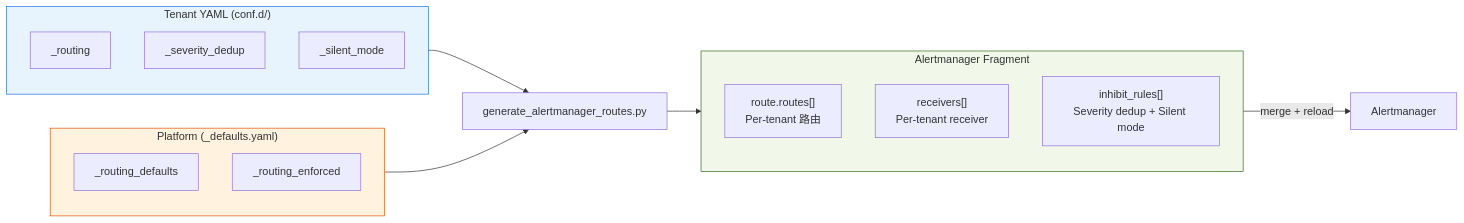
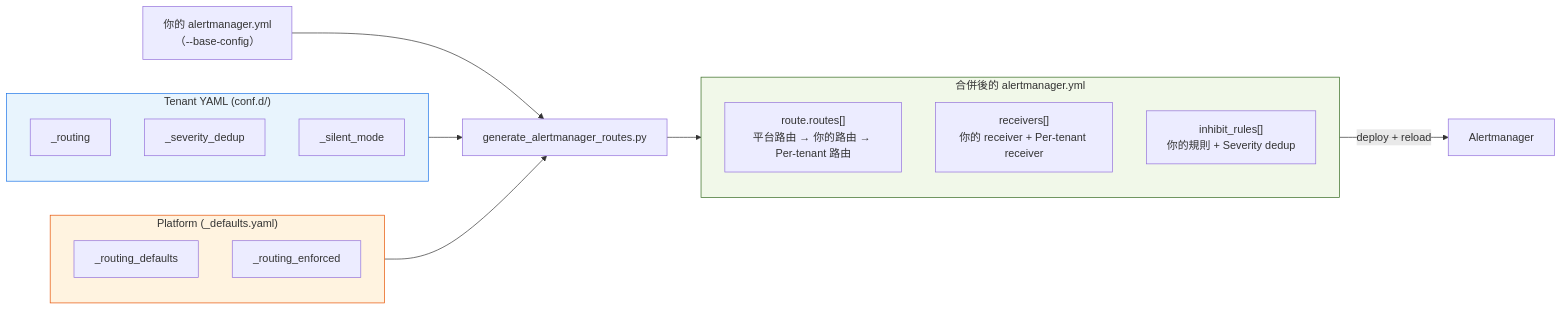
The first of 2 diagrams in docs/integration/byo-alertmanager-integration.md (vencil/Dynamic-Alerting-Integrations), drawn with Mermaid before and after one commit. The commit also changed other lines of this file and 83 other files, not shown here.

First line of the commit message:
feat(tools)!: generate-routes 三種輸出模式共用「只換掉自己那份」的合併，移除 fragment 模式（#1211） (#3586)

````diff
--- a/docs/integration/byo-alertmanager-integration.md
+++ b/docs/integration/byo-alertmanager-integration.md
@@ -35,32 +35,35 @@
 ```mermaid
 graph LR
     subgraph TY["Tenant YAML (conf.d/)"]
         R["_routing"]
         S["_severity_dedup"]
         SM["_silent_mode"]
     end
 
     subgraph PL["Platform (_defaults.yaml)"]
         RD["_routing_defaults"]
         RE["_routing_enforced"]
     end
 
     GEN["generate_alertmanager_routes.py"]
 
+    BASE["你的 alertmanager.yml<br/>（--base-config）"]
+
     TY --> GEN
     PL --> GEN
+    BASE --> GEN
 
-    subgraph AM["Alertmanager Fragment"]
-        RT["route.routes[]<br/>Per-tenant 路由"]
-        RC["receivers[]<br/>Per-tenant receiver"]
-        IR["inhibit_rules[]<br/>Severity dedup + Silent mode"]
+    subgraph AM["合併後的 alertmanager.yml"]
+        RT["route.routes[]<br/>平台路由 → 你的路由 → Per-tenant 路由"]
+        RC["receivers[]<br/>你的 receiver + Per-tenant receiver"]
+        IR["inhibit_rules[]<br/>你的規則 + Severity dedup"]
     end
 
     GEN --> AM
 
-    AM -->|"merge + reload"| ALM["Alertmanager"]
+    AM -->|"deploy + reload"| ALM["Alertmanager"]
 
     style TY fill:#e8f4fd,stroke:#1a73e8
     style PL fill:#fff3e0,stroke:#e65100
     style AM fill:#f1f8e9,stroke:#33691e
 ```
````
